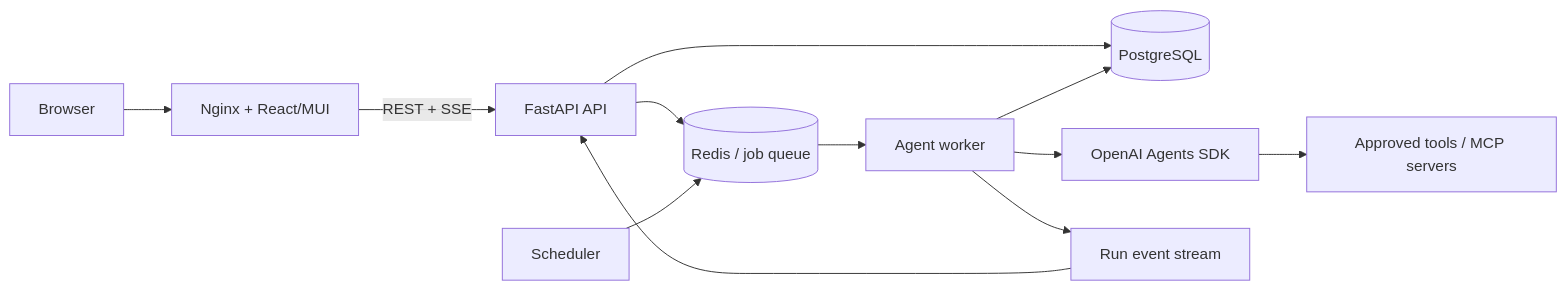
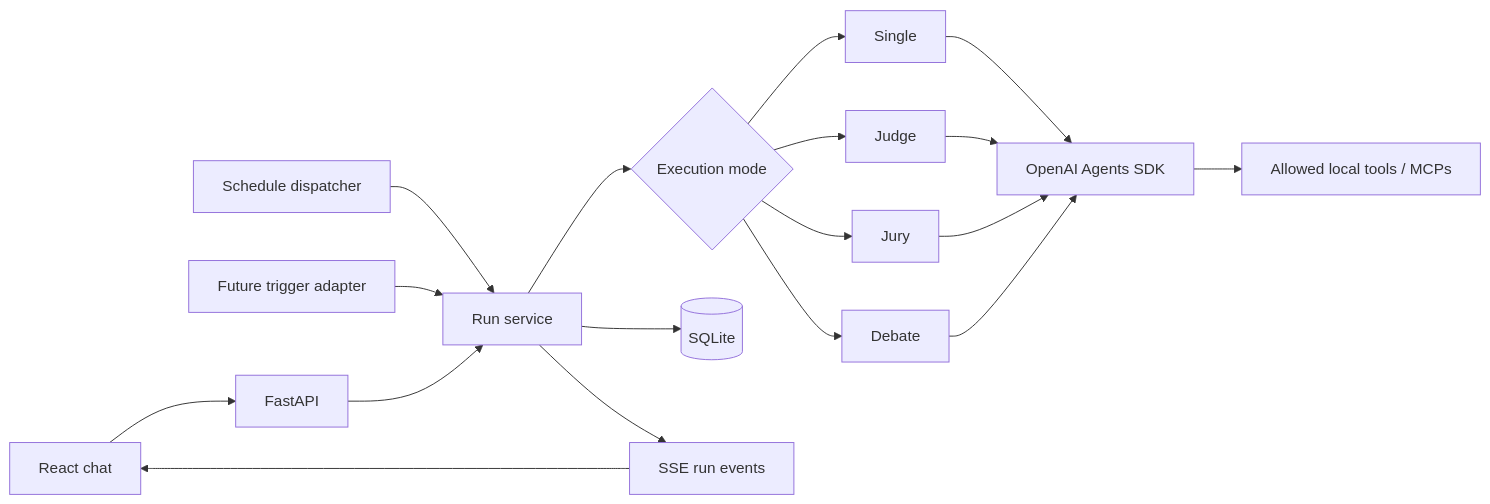
Before and after one commit to tutkowskim/pi-assistant: the diagram in Plan.md, drawn with Mermaid. The commit also changed other lines of this file, not shown here.

````diff
--- a/Plan.md
+++ b/Plan.md
@@ -72,14 +95,20 @@
 ```mermaid
 flowchart LR
-    U[Browser] --> N[Nginx + React/MUI]
-    N -->|REST + SSE| A[FastAPI API]
-    A --> P[(PostgreSQL)]
-    A --> R[(Redis / job queue)]
-    S[Scheduler] --> R
-    R --> W[Agent worker]
-    W --> O[OpenAI Agents SDK]
-    O --> M[Approved tools / MCP servers]
-    W --> P
-    W --> E[Run event stream]
-    E --> A
+    UI[React chat] --> API[FastAPI]
+    Schedule[Schedule dispatcher] --> RunService[Run service]
+    Future[Future trigger adapter] --> RunService
+    API --> RunService
+    RunService --> Orchestrator{Execution mode}
+    Orchestrator --> Single[Single]
+    Orchestrator --> Judge[Judge]
+    Orchestrator --> Jury[Jury]
+    Orchestrator --> Debate[Debate]
+    Single --> SDK[OpenAI Agents SDK]
+    Judge --> SDK
+    Jury --> SDK
+    Debate --> SDK
+    SDK --> Tools[Allowed local tools / MCPs]
+    RunService --> DB[(SQLite)]
+    RunService --> Stream[SSE run events]
+    Stream --> UI
 ```
````
